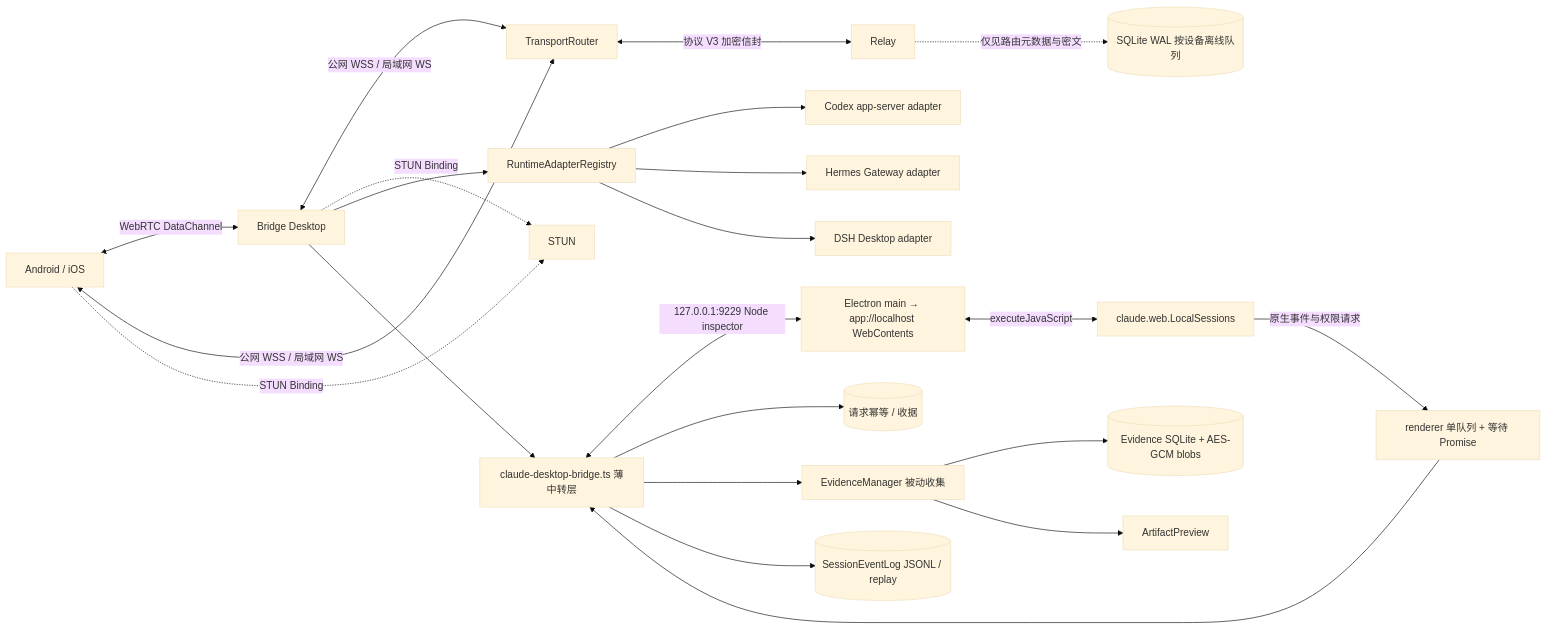
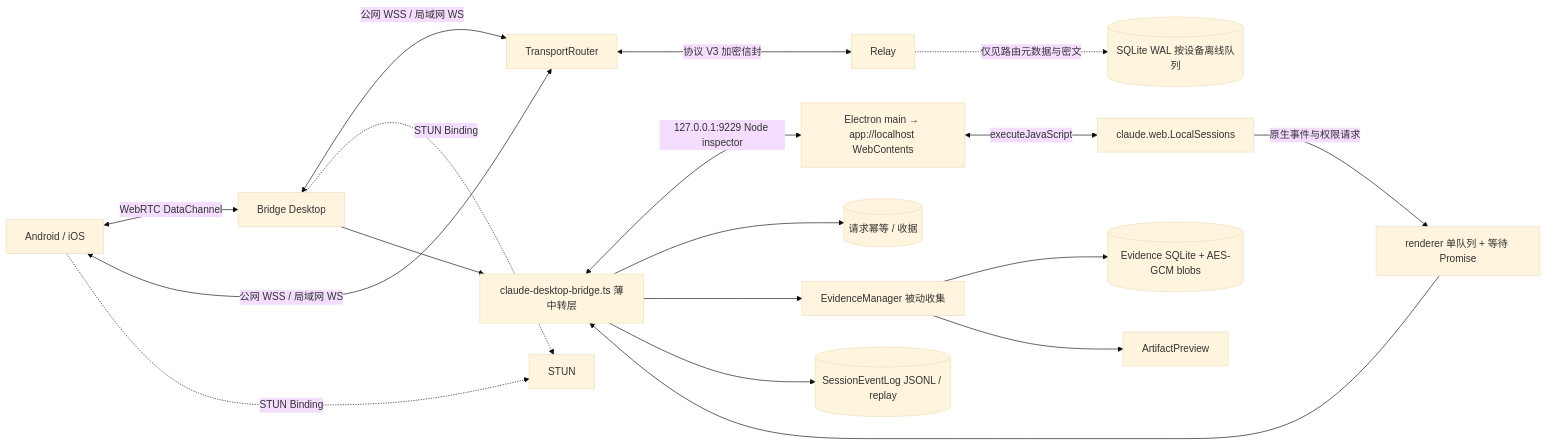
One commit to Lycidas97/claude-desktop-bridge changed the first of 4 diagrams in docs/ARCHITECTURE.md. Above: the diagram before and after it, drawn with Mermaid (base theme). The commit also changed other lines of this file and 69 other files, not shown here.

````diff
--- a/docs/ARCHITECTURE.md
+++ b/docs/ARCHITECTURE.md
@@ -14,24 +12,20 @@
 ```mermaid
 flowchart LR
   M["Android / iOS"] <-->|"WebRTC DataChannel"| D["Bridge Desktop"]
   M <-->|"公网 WSS / 局域网 WS"| T["TransportRouter"]
   D <-->|"公网 WSS / 局域网 WS"| T
   T <-->|"协议 V3 加密信封"| R["Relay"]
   M -.->|"STUN Binding"| S["STUN"]
   D -.->|"STUN Binding"| S
-  D --> RA["RuntimeAdapterRegistry"]
   D --> B["claude-desktop-bridge.ts 薄中转层"]
-  RA --> CA["Codex app-server adapter"]
-  RA --> HG["Hermes Gateway adapter"]
-  RA --> DA["DSH Desktop adapter"]
   B <-->|"127.0.0.1:9229 Node inspector"| I["Electron main → app://localhost WebContents"]
   I <-->|"executeJavaScript"| C["claude.web.LocalSessions"]
   C -->|"原生事件与权限请求"| EQ["renderer 单队列 + 等待 Promise"]
   EQ --> B
   B --> CS[("请求幂等 / 收据")]
   B --> EM["EvidenceManager 被动收集"]
   EM --> ES[("Evidence SQLite + AES-GCM blobs")]
   EM --> AP["ArtifactPreview"]
   B --> E[("SessionEventLog JSONL / replay")]
   R -. "仅见路由元数据与密文" .-> Q[("SQLite WAL 按设备离线队列")]
 ```
````
